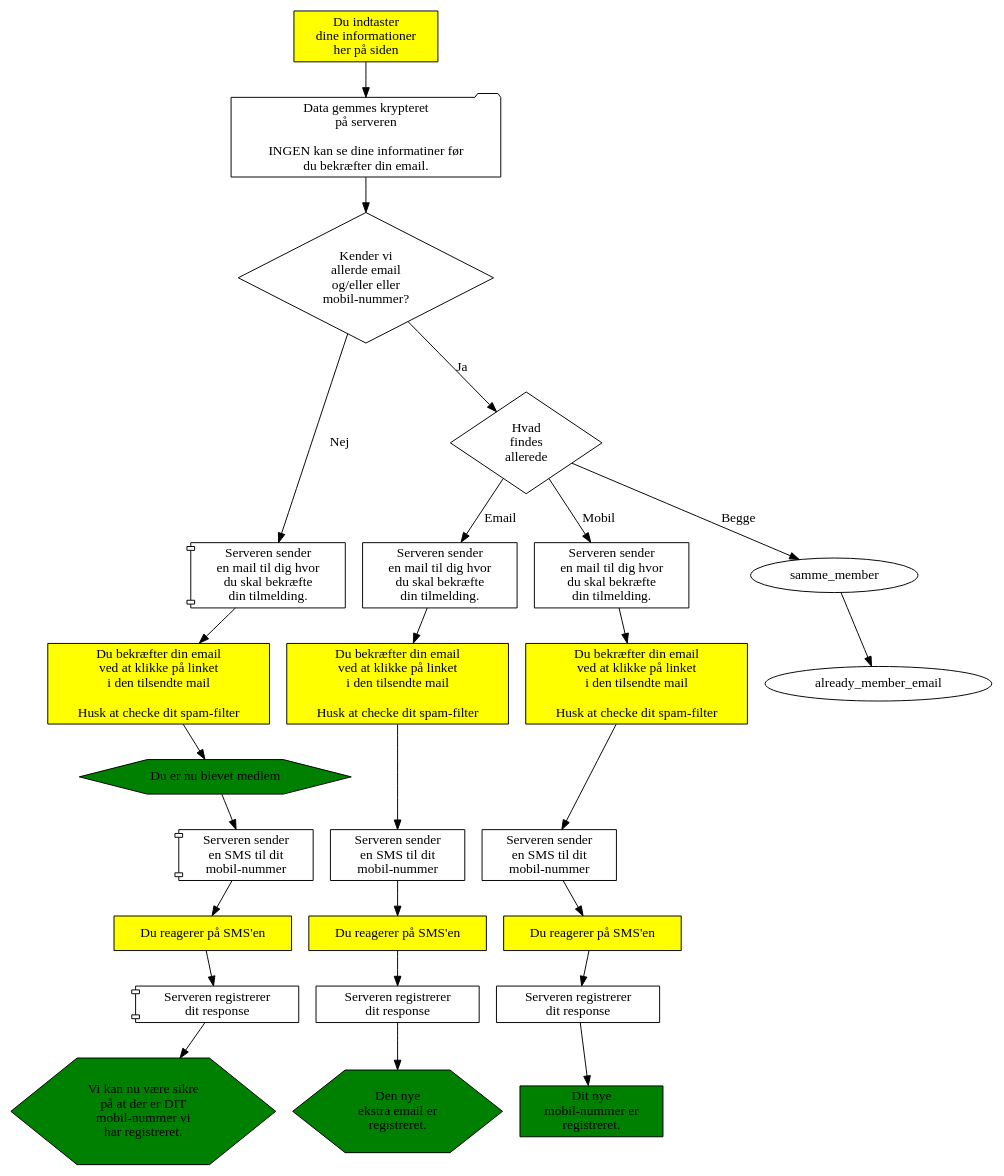
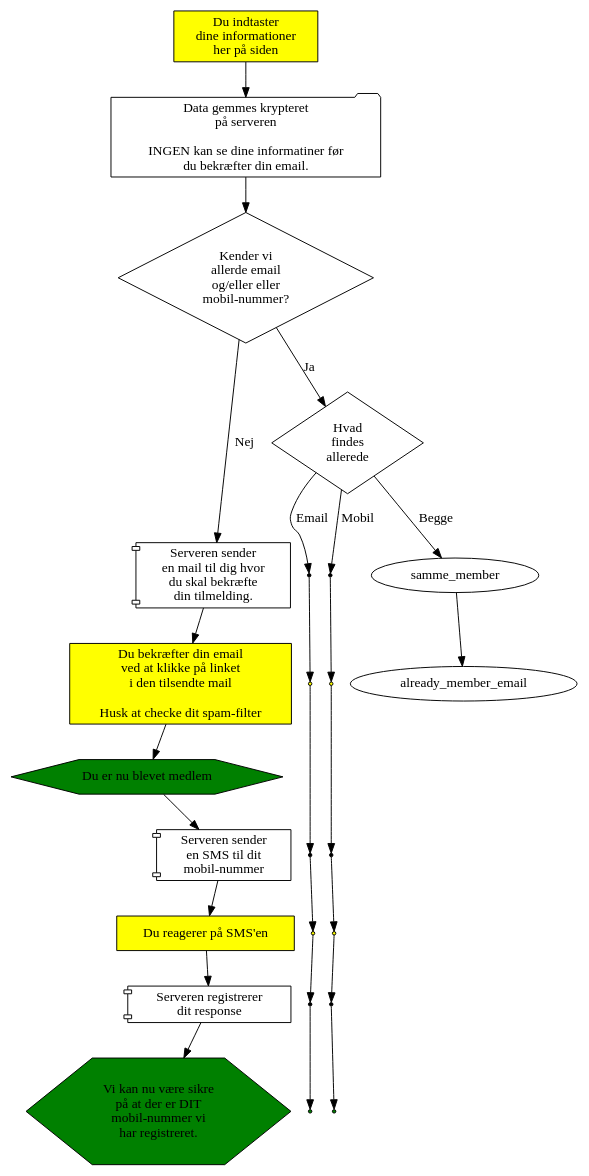
The diagram in medlemskab/indmeldelse.dot (alslug/alslug.dk), drawn with Graphviz before and after one commit.

```diff
--- a/medlemskab/indmeldelse.dot
+++ b/medlemskab/indmeldelse.dot
@@ -1,71 +1,71 @@
 digraph indmeldelse {
   { # Dine handlinger
     node [ shape=box style=filled fillcolor=yellow ];
     indtast                [label="Du indtaster\ndine informationer\nher på siden"];
     subgraph cluster_server_sender_email {
       style=invis;
       node                 [label="Du bekræfter din email\nved at klikke på linket\ni den tilsendte mail\n\nHusk at checke dit spam-filter"];
       confirm_email_nyt_medlem;
-      confirm_email_add_email [shape=invis];
-      confirm_email_add_mobil [shape=invis];
+      confirm_email_add_email [shape=point];
+      confirm_email_add_mobil [shape=point];
     }
     subgraph cluster_server_sender_sms {
       style=invis;
       node                 [label="Du reagerer på SMS'en"];
       confirm_sms_nyt_medlem;
-      confirm_sms_add_email [shape=invis];
-      confirm_sms_add_mobil [shape=invis];
+      confirm_sms_add_email [shape=point];
+      confirm_sms_add_mobil [shape=point];
     }
   }
   send_tilmelding        [shape=folder label="Data gemmes krypteret \n på serveren \n \n INGEN kan se dine informatiner før \n du bekræfter din email."];
   { # Server-aktiviteter
     node [shape=component];
     subgraph cluster_server_sender_email {
       style=invis;
       node                 [label="Serveren sender \n en mail til dig hvor \n du skal bekræfte \n din tilmelding."];
       server_sender_emai_nyt_medlem;
-      server_sender_email_add_email [shape=invis];
-      server_sender_email_add_mobil [shape=invis];
+      server_sender_email_add_email [shape=point];
+      server_sender_email_add_mobil [shape=point];
     }
     subgraph cluster_server_sender_sms {
       style=invis;
       node                 [label="Serveren sender \n en SMS til dit \n mobil-nummer"];
       server_sender_sms_nyt_medlem;
-      server_sender_sms_add_email [shape=invis];
-      server_sender_sms_add_mobil [shape=invis];
+      server_sender_sms_add_email [shape=point];
+      server_sender_sms_add_mobil [shape=point];
     }
     subgraph cluster_sms_confirmed {
       style=invis;
       node                 [label="Serveren registrerer \n dit response"];
       sms_confirmed_nyt_medlem;
-      sms_confirmed_add_email [shape=invis];
-      sms_confirmed_add_mobil [shape=invis];
+      sms_confirmed_add_email [shape=point];
+      sms_confirmed_add_mobil [shape=point];
     }
   }
   { # Results
     node [shape=hexagon   style=filled fillcolor=green ];
     du_biver_medlem        [label="Du er nu blevet medlem"];
     mobile_ok              [label="Vi kan nu være sikre \n på at der er DIT \n mobil-nummer vi \n har registreret."]; 
-    email_added            [label="Den nye \n ekstra email er \n registreret." hape=invis];
-    mobil_added            [label="Dit nye \n mobil-nummer er \n registreret." shape=invis]; 
+    email_added            [label="Den nye \n ekstra email er \n registreret." shape=point];
+    mobil_added            [label="Dit nye \n mobil-nummer er \n registreret." shape=point]; 
   }
   { # Valg
     node [shape=diamond];
     findes_allerede        [label="Kender vi \n allerde email \n og/eller eller \n mobil-nummer?"];
     hvad_findes_allerede   [label="Hvad \n findes \n allerede"];
   }
 
   indtast -> send_tilmelding -> findes_allerede;
                                 findes_allerede ->                              server_sender_emai_nyt_medlem [label="Nej"];
                                                                                 server_sender_emai_nyt_medlem -> confirm_email_nyt_medlem -> du_biver_medlem ->
                                                                                 server_sender_sms_nyt_medlem  -> confirm_sms_nyt_medlem   -> sms_confirmed_nyt_medlem -> mobile_ok;
                                 findes_allerede -> hvad_findes_allerede                                       [label="Ja"];
                                                    hvad_findes_allerede-> samme_member                        [label="Begge"];
                                                                           samme_member -> already_member_email;
                                                    hvad_findes_allerede -> server_sender_email_add_email      [label="Email"];
                                                                                 server_sender_email_add_email -> confirm_email_add_email  ->
                                                                                 server_sender_sms_add_email   -> confirm_sms_add_email    -> sms_confirmed_add_email -> email_added;
                                                    hvad_findes_allerede ->      server_sender_email_add_mobil [label="Mobil"];
                                                                                 server_sender_email_add_mobil -> confirm_email_add_mobil  ->
                                                                                 server_sender_sms_add_mobil   -> confirm_sms_add_mobil    -> sms_confirmed_add_mobil -> mobil_added;
 }
```
